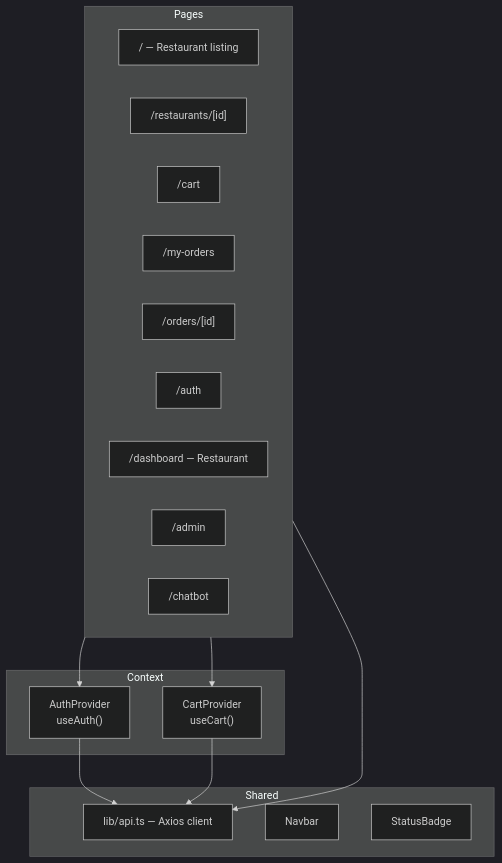
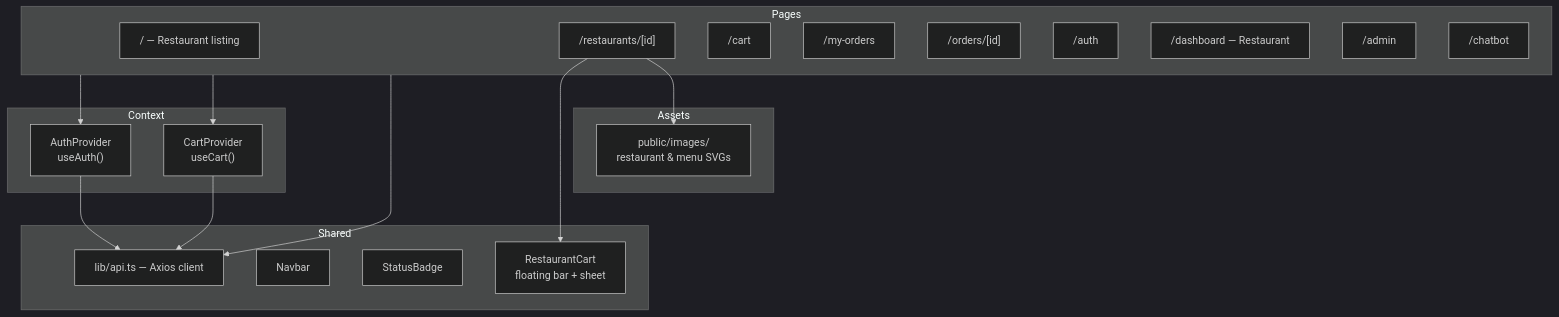
One commit to noumanh11/FoodRush changed the eighth of 9 diagrams in docs/architecture.md. Above: the diagram before and after it, drawn with Mermaid (dark theme). The commit also changed other lines of this file and 5 other files, not shown here.

Commit message:
docs: fix ERD mermaid syntax and update README for seed data, assets, and API health

````diff
--- a/docs/architecture.md
+++ b/docs/architecture.md
@@ -206,31 +207,38 @@
 ```mermaid
 flowchart TB
     subgraph Pages
         Home["/ — Restaurant listing"]
         Restaurant["/restaurants/[id]"]
         Cart["/cart"]
         Orders["/my-orders"]
         OrderDetail["/orders/[id]"]
         Auth["/auth"]
         Dashboard["/dashboard — Restaurant"]
         Admin["/admin"]
         Chatbot["/chatbot"]
     end
 
     subgraph Context
         AuthCtx["AuthProvider<br/>useAuth()"]
         CartCtx["CartProvider<br/>useCart()"]
     end
 
     subgraph Shared
         API["lib/api.ts — Axios client"]
         Navbar["Navbar"]
         StatusBadge["StatusBadge"]
+        RestaurantCart["RestaurantCart<br/>floating bar + sheet"]
+    end
+
+    subgraph Assets
+        PublicImages["public/images/<br/>restaurant & menu SVGs"]
     end
 
     Pages --> AuthCtx
     Pages --> CartCtx
     Pages --> API
+    Restaurant --> RestaurantCart
+    Restaurant --> PublicImages
     AuthCtx --> API
     CartCtx --> API
 ```
````
